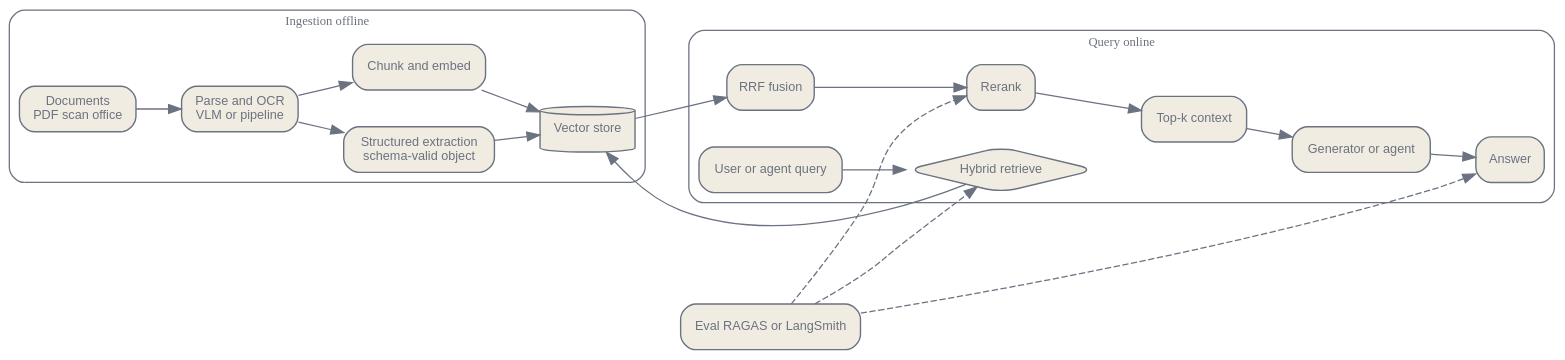
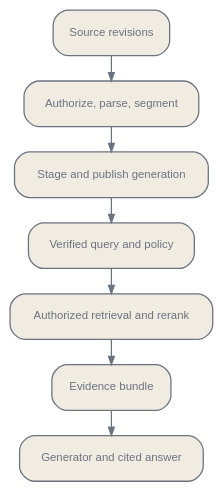
Before and after one commit to latere-ai/ai-as-an-infrastructure: the first of 3 diagrams in en/practice/06-retrieval-and-documents.qmd, drawn with Graphviz. The commit also changed other lines of this file and 5 other files, not shown here.

Commit message:
docs: rewrite retrieval and document practice

````diff
--- a/en/practice/06-retrieval-and-documents.qmd
+++ b/en/practice/06-retrieval-and-documents.qmd
@@ -31,45 +32,21 @@
 ```{dot}
 //| label: fig-retrieval-pipeline
-//| fig-cap: "The retrieval and document-intelligence pipeline, from raw document to grounded answer. Ingestion is offline; query is online; evaluation observes both."
+//| fig-cap: "A retrieval release has an offline publication path and an authorized online evidence path."
 digraph {
   bgcolor="transparent";
-  rankdir=LR;
-  nodesep=0.4; ranksep=0.5;
-  node [shape=box, style="rounded,filled", fontname="Helvetica", fontsize=10, color="#6b7280", fontcolor="#6b7280", fillcolor="#f1ece1", penwidth=1.1];
-  edge [fontsize=10, fontname="Helvetica", color="#6b7280", fontcolor="#6b7280"];
-  subgraph cluster_Ingest {
-    label="Ingestion offline"; style=rounded; color="#6b7280"; fontcolor="#6b7280"; fontsize=10;
-    D [label="Documents\nPDF scan office"];
-    P [label="Parse and OCR\nVLM or pipeline"];
-    X [label="Structured extraction\nschema-valid object"];
-    C [label="Chunk and embed"];
-    VDB [label="Vector store", shape=cylinder];
-    D -> P;
-    P -> X;
-    P -> C;
-    X -> VDB;
-    C -> VDB;
-  }
-  subgraph cluster_Query {
-    label="Query online"; style=rounded; color="#6b7280"; fontcolor="#6b7280"; fontsize=10;
-    Q [label="User or agent query"];
-    H [label="Hybrid retrieve", shape=diamond];
-    F [label="RRF fusion"];
-    RR [label="Rerank"];
-    CTX [label="Top-k context"];
-    LLM [label="Generator or agent"];
-    A [label="Answer"];
-    Q -> H;
-    H -> VDB;
-    VDB -> F;
-    F -> RR;
-    RR -> CTX;
-    CTX -> LLM;
-    LLM -> A;
-  }
-  EVAL [label="Eval RAGAS or LangSmith"];
-  EVAL -> H [style=dashed];
-  EVAL -> RR [style=dashed];
-  EVAL -> A [style=dashed];
+  rankdir=TB;
+  graph [nodesep=0.18, ranksep=0.28];
+  node [shape=box, style="rounded,filled", fontname="Helvetica", fontsize=9,
+        color="#6b7280", fontcolor="#6b7280", fillcolor="#f1ece1",
+        penwidth=1.0, margin="0.12,0.08"];
+  edge [color="#6b7280", arrowsize=0.65];
+  S [label="Source revisions"];
+  I [label="Authorize, parse, segment"];
+  P [label="Stage and publish generation"];
+  Q [label="Verified query and policy"];
+  R [label="Authorized retrieval and rerank"];
+  E [label="Evidence bundle"];
+  A [label="Generator and cited answer"];
+  S -> I -> P -> Q -> R -> E -> A;
 }
 ```
````
